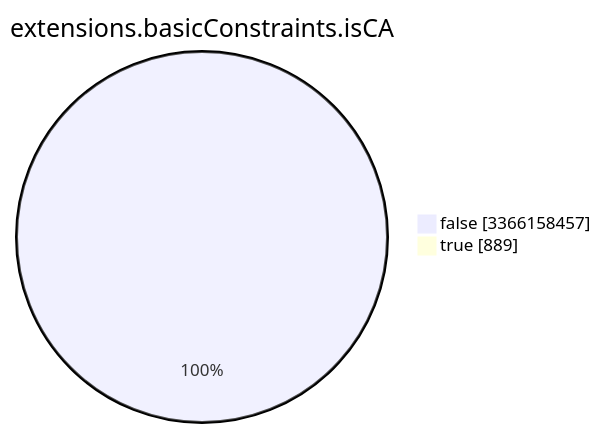
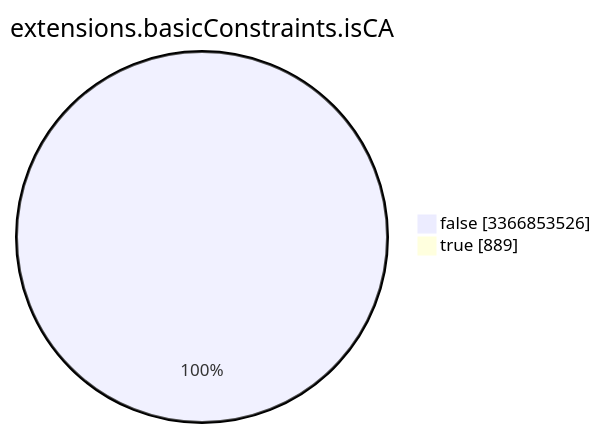
Before and after one commit to christiankrug/ctmonitor_visualization: the seventh of 15 diagrams in TOTAL/README.md, drawn with Mermaid. The commit also changed other lines of this file, not shown here.

````diff
--- a/TOTAL/README.md
+++ b/TOTAL/README.md
@@ -3090,6 +3090,6 @@
 ```mermaid
 pie showData
 title extensions.basicConstraints.isCA
-"false" :3366158457
+"false" :3366853526
 "true" :889
 ```
````
